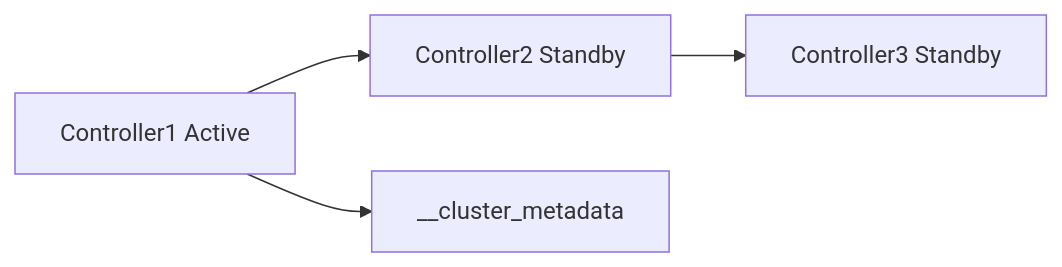
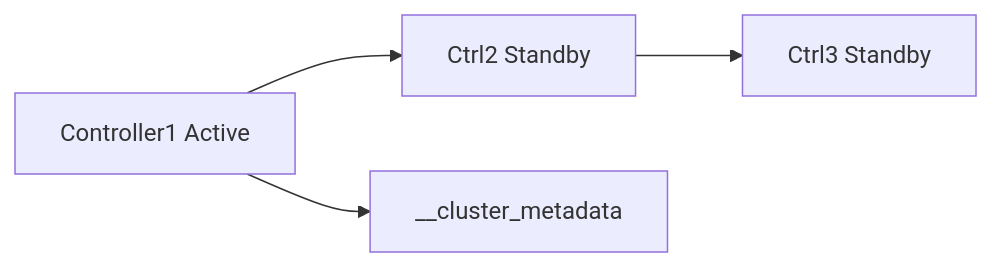
Diagram 11 of 11 in _posts/kafka/2026-05-01-kafka-fundamentals.md (yjkim2015/yjkim2015.github.io), drawn with Mermaid before and after one commit. The commit also changed other lines of this file and 245 other files, not shown here.

First line of the commit message:
Mermaid 다이어그램 전면 수정 + 면접 포인트 접기/펼치기 + DB 데드락 페이지

````diff
--- a/_posts/kafka/2026-05-01-kafka-fundamentals.md
+++ b/_posts/kafka/2026-05-01-kafka-fundamentals.md
@@ -849,6 +849,6 @@
 ```mermaid
 graph LR
-    C1["Controller1 Active"] --> C2["Controller2 Standby"]
-    C2 --> C3["Controller3 Standby"]
+    C1["Controller1 Active"] --> C2["Ctrl2 Standby"]
+    C2 --> C3["Ctrl3 Standby"]
     C1 --> META["__cluster_metadata"]
 ```
````
